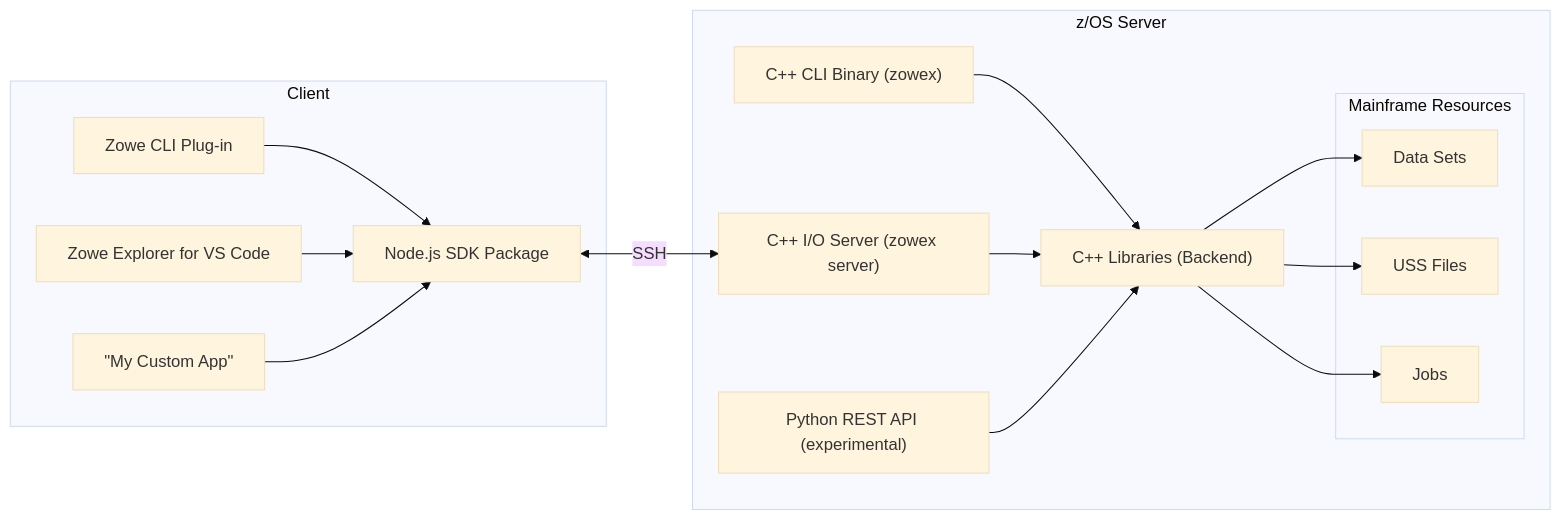
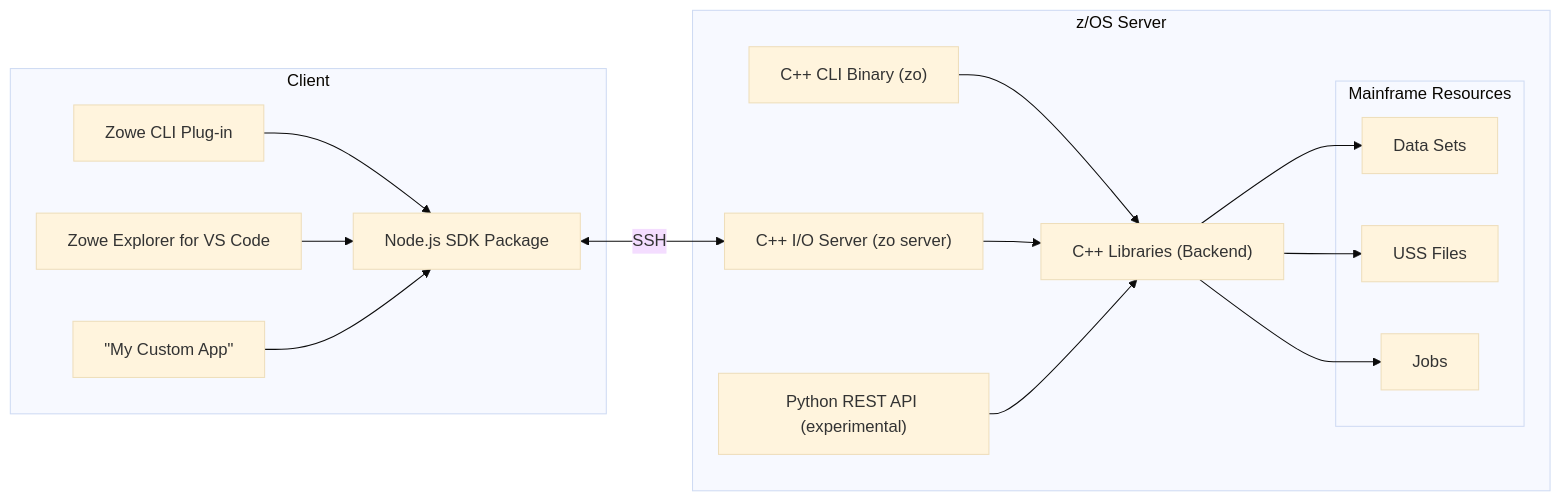
Before and after one commit to zowe/zowex: the diagram in README.md, drawn with Mermaid (base theme). The commit also changed other lines of this file and 142 other files, not shown here.

````diff
--- a/README.md
+++ b/README.md
@@ -135,27 +135,27 @@
 ```mermaid
 graph LR
   subgraph Client
   sdk[Node.js SDK Package]
   cli[Zowe CLI Plug-in]-->sdk
   vsce[Zowe Explorer for VS Code]-->sdk
   other[&quot;My Custom App&quot;]-->sdk
   end
   subgraph z/OS Server
-  zowex["C++ CLI Binary (zowex)"]-->cpp
-  ioserver["C++ I/O Server (zowex server)"]-->cpp["C++ Libraries (Backend)"]
+  zo["C++ CLI Binary (zo)"]-->cpp
+  ioserver["C++ I/O Server (zo server)"]-->cpp["C++ Libraries (Backend)"]
   python["Python REST API (experimental)"]-->cpp
   sdk<-->|SSH|ioserver
   subgraph Mainframe Resources
   ds[Data Sets]
   uss[USS Files]
   jobs[Jobs]
   end
   cpp-->ds
   cpp-->uss
   cpp-->jobs
   end
   click sdk "https://github.com/zowe/zowex/blob/main/doc/client/architecture.md#sdk-package"
   click cli "https://github.com/zowe/zowex/blob/main/doc/client/architecture.md#cli-plug-in"
   click ioserver "https://github.com/zowe/zowex/blob/main/doc/backend/server/architecture.md"
-  click zowex "https://github.com/zowe/zowex/blob/main/doc/backend/zowex_architecture.md"
+  click zowex "https://github.com/zowe/zowex/blob/main/doc/backend/zo_architecture.md"
 ```
````
